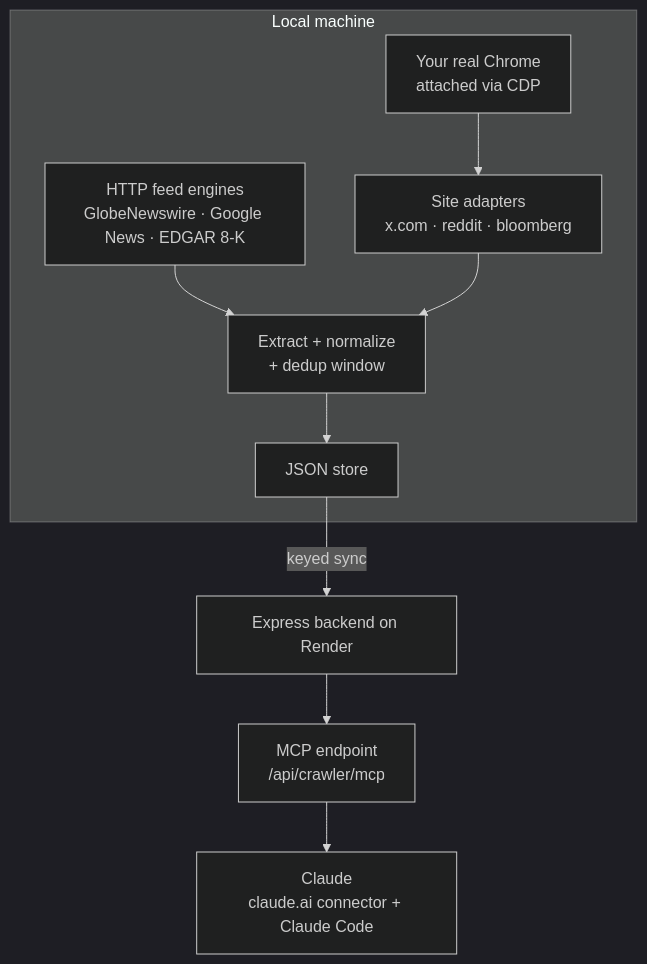
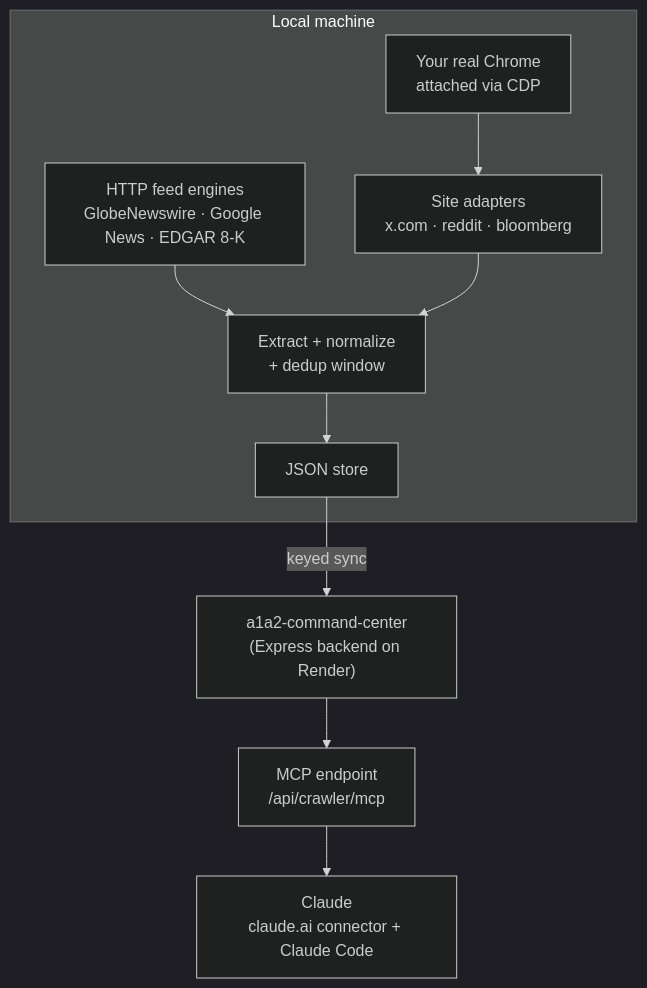
The diagram in README.md (EF08/andy2_crawler), drawn with Mermaid (dark theme) before and after one commit. The commit also changed 3 other files, not shown here.

First line of the commit message:
Update docs and diagram for a1a2-command-center backend name

````diff
--- a/README.md
+++ b/README.md
@@ -9,12 +9,12 @@
 ```mermaid
 flowchart TD
     subgraph local [Local machine]
         A["Your real Chrome<br/>attached via CDP"] --> B["Site adapters<br/>x.com · reddit · bloomberg"]
         C["HTTP feed engines<br/>GlobeNewswire · Google News · EDGAR 8-K"] --> D
         B --> D["Extract + normalize<br/>+ dedup window"]
         D --> E["JSON store"]
     end
-    E -->|keyed sync| F["Express backend on Render"]
+    E -->|keyed sync| F["a1a2-command-center<br/>(Express backend on Render)"]
     F --> G["MCP endpoint<br/>/api/crawler/mcp"]
     G --> H["Claude<br/>claude.ai connector + Claude Code"]
 ```
````
